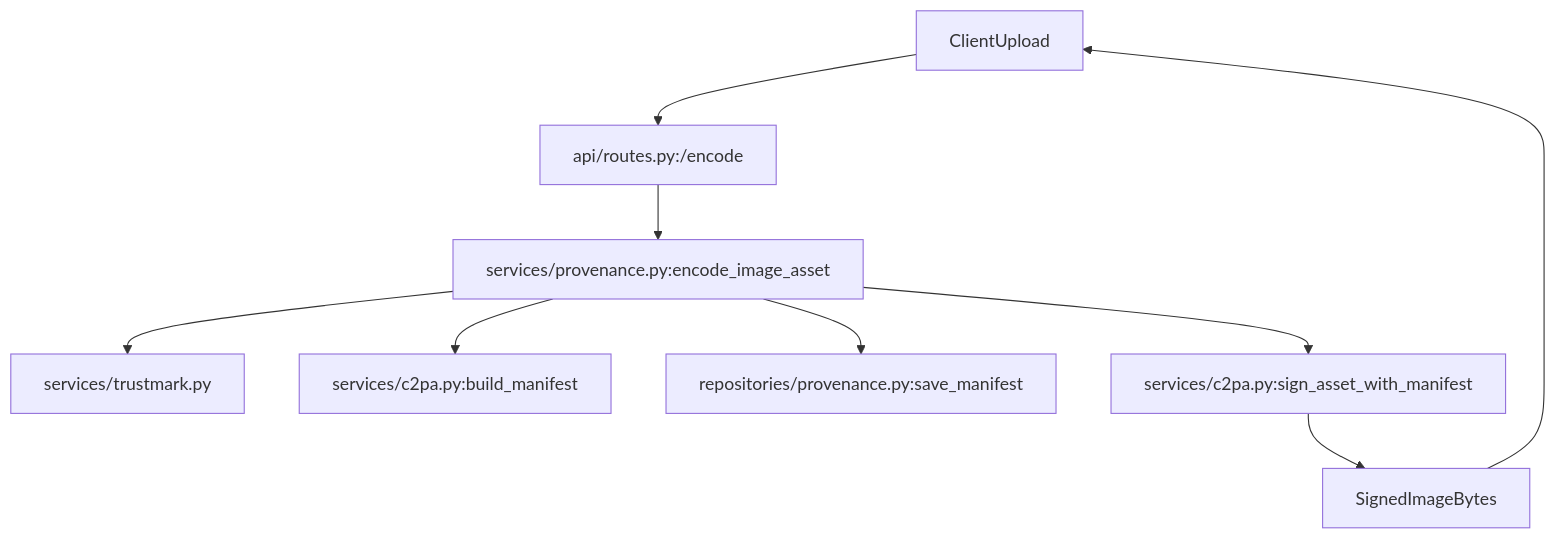
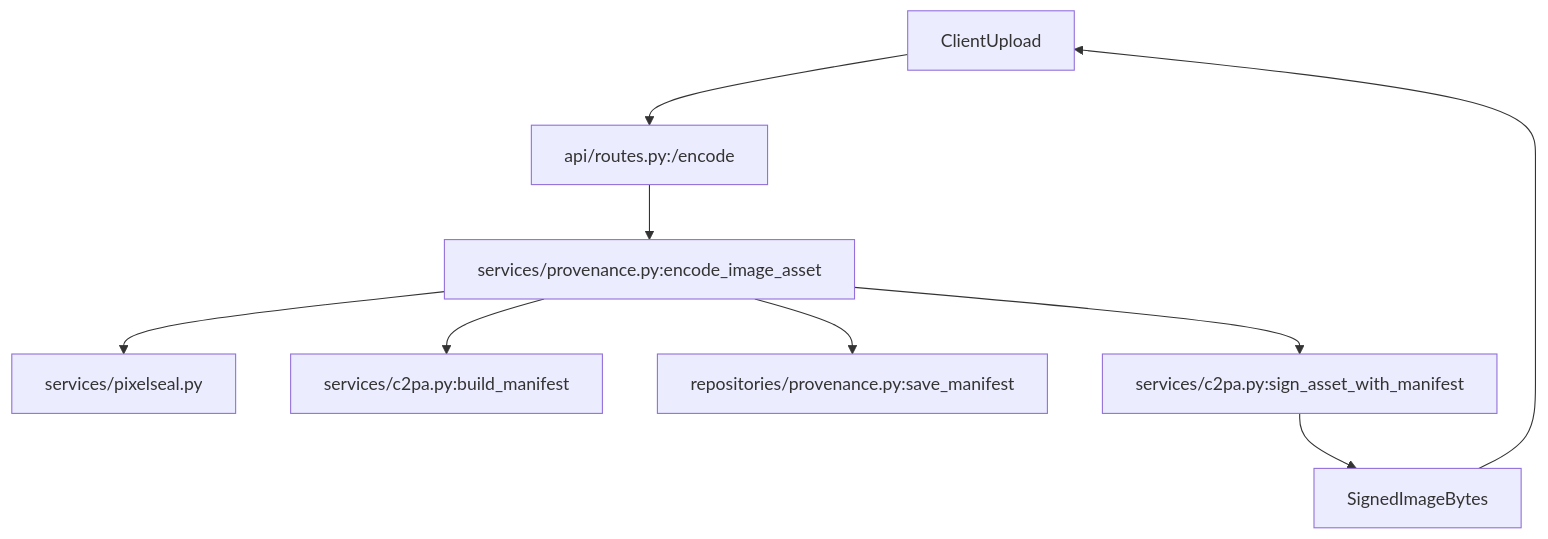
The first of 2 diagrams in backend/README.md (justLxy/Watermark), drawn with Mermaid before and after one commit. The commit also changed other lines of this file and 8 other files, not shown here.

Commit message:
Refactor documentation and codebase to transition from TrustMark to PixelSeal; update README, backend services, and frontend components to reflect new watermarking system and DID URL integration.

````diff
--- a/backend/README.md
+++ b/backend/README.md
@@ -62,11 +62,11 @@
 ```mermaid
 flowchart TD
     Client[ClientUpload] --> RouteEncode["api/routes.py:/encode"]
     RouteEncode --> ServiceEncode["services/provenance.py:encode_image_asset"]
-    ServiceEncode --> TrustMarkEncode["services/trustmark.py"]
+    ServiceEncode --> PixelSealEncode["services/pixelseal.py"]
     ServiceEncode --> ManifestBuild["services/c2pa.py:build_manifest"]
     ServiceEncode --> RepoSave["repositories/provenance.py:save_manifest"]
     ServiceEncode --> C2paSign["services/c2pa.py:sign_asset_with_manifest"]
     C2paSign --> SignedImage[SignedImageBytes]
     SignedImage --> Client
 ```
````
